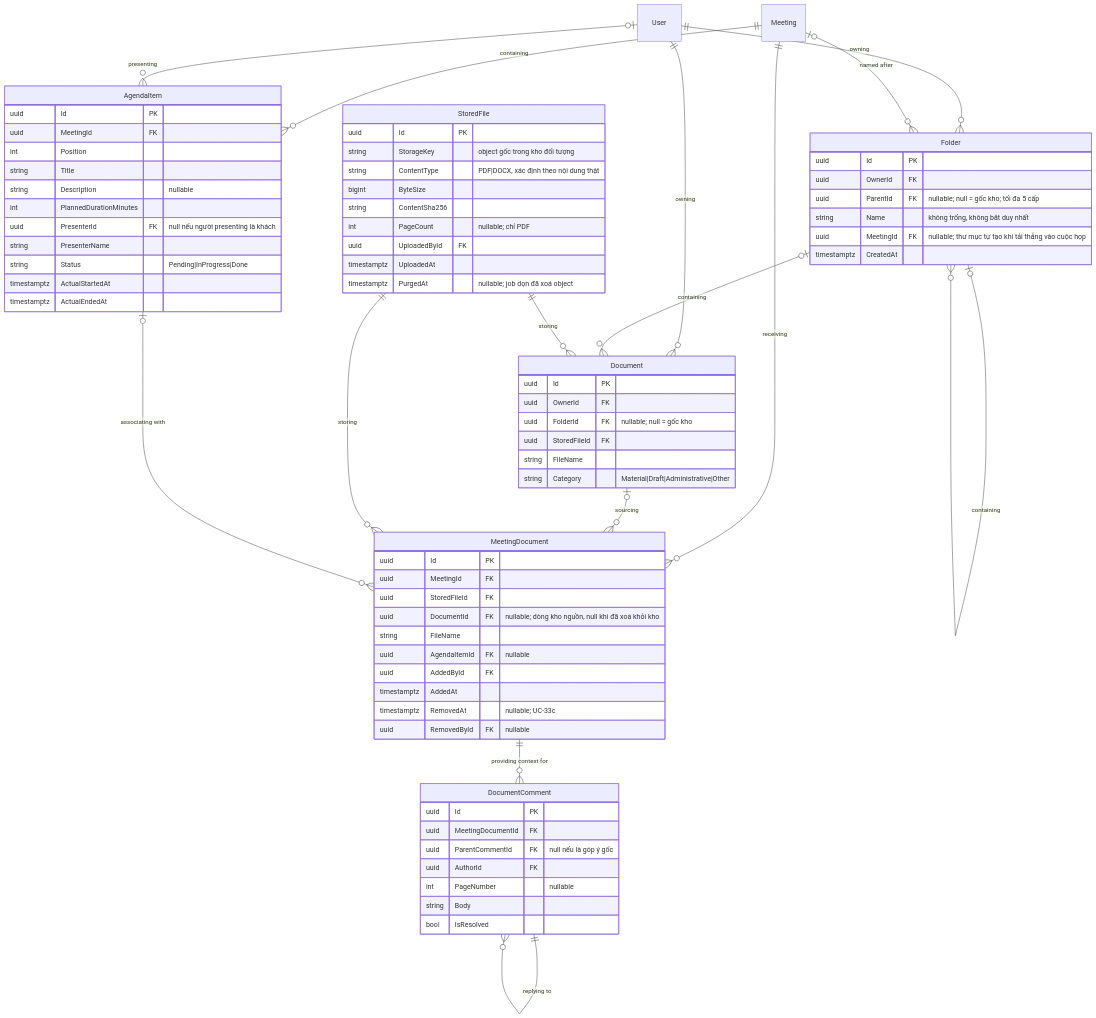
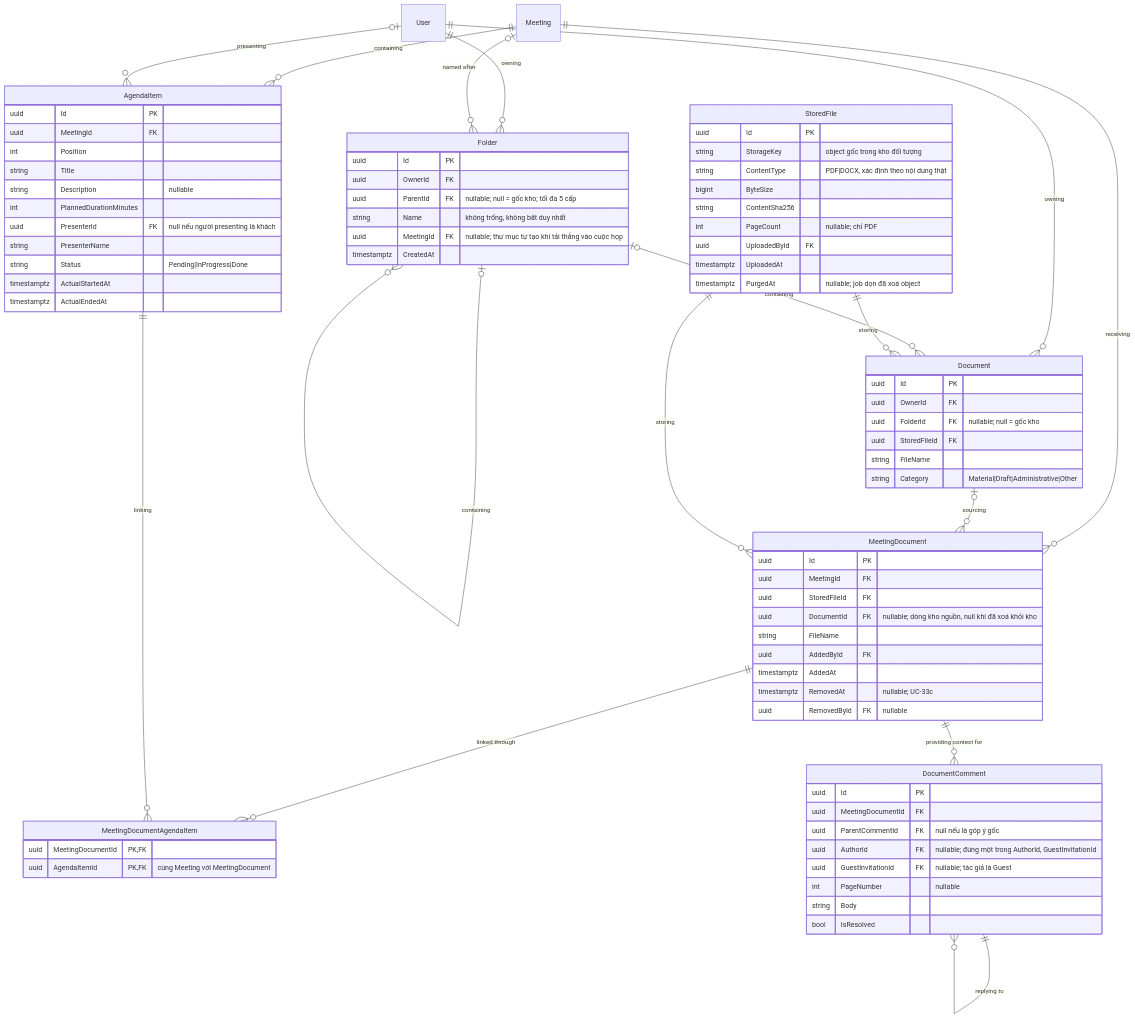
Before and after one commit to callmehai/FU-FA26-G116: the second of 6 diagrams in docs/02-design/02-erd.md, drawn with Mermaid. The commit also changed other lines of this file and 37 other files, not shown here.

Commit message:
docs: Update ERD, Wireframe, UC spec for Scrum 21-22-23

```diff
--- a/docs/02-design/02-erd.md
+++ b/docs/02-design/02-erd.md
@@ -183,7 +184,8 @@
     Document o|--o{ MeetingDocument : "sourcing"
     StoredFile ||--o{ Document : "storing"
     StoredFile ||--o{ MeetingDocument : "storing"
-    AgendaItem o|--o{ MeetingDocument : "associating with"
+    MeetingDocument ||--o{ MeetingDocumentAgendaItem : "linked through"
+    AgendaItem ||--o{ MeetingDocumentAgendaItem : "linking"
     MeetingDocument ||--o{ DocumentComment : "providing context for"
     DocumentComment ||--o{ DocumentComment : "replying to"
 
@@ -233,17 +235,21 @@
         uuid StoredFileId FK
         uuid DocumentId FK "nullable; dòng kho nguồn, null khi đã xoá khỏi kho"
         string FileName
-        uuid AgendaItemId FK "nullable"
         uuid AddedById FK
         timestamptz AddedAt
         timestamptz RemovedAt "nullable; UC-33c"
         uuid RemovedById FK "nullable"
     }
+    MeetingDocumentAgendaItem {
+        uuid MeetingDocumentId PK, FK
+        uuid AgendaItemId PK, FK "cùng Meeting với MeetingDocument"
+    }
     DocumentComment {
         uuid Id PK
         uuid MeetingDocumentId FK
         uuid ParentCommentId FK "null nếu là góp ý gốc"
-        uuid AuthorId FK
+        uuid AuthorId FK "nullable; đúng một trong AuthorId, GuestInvitationId"
+        uuid GuestInvitationId FK "nullable; tác giả là Guest"
         int PageNumber "nullable"
         string Body
         bool IsResolved
```
